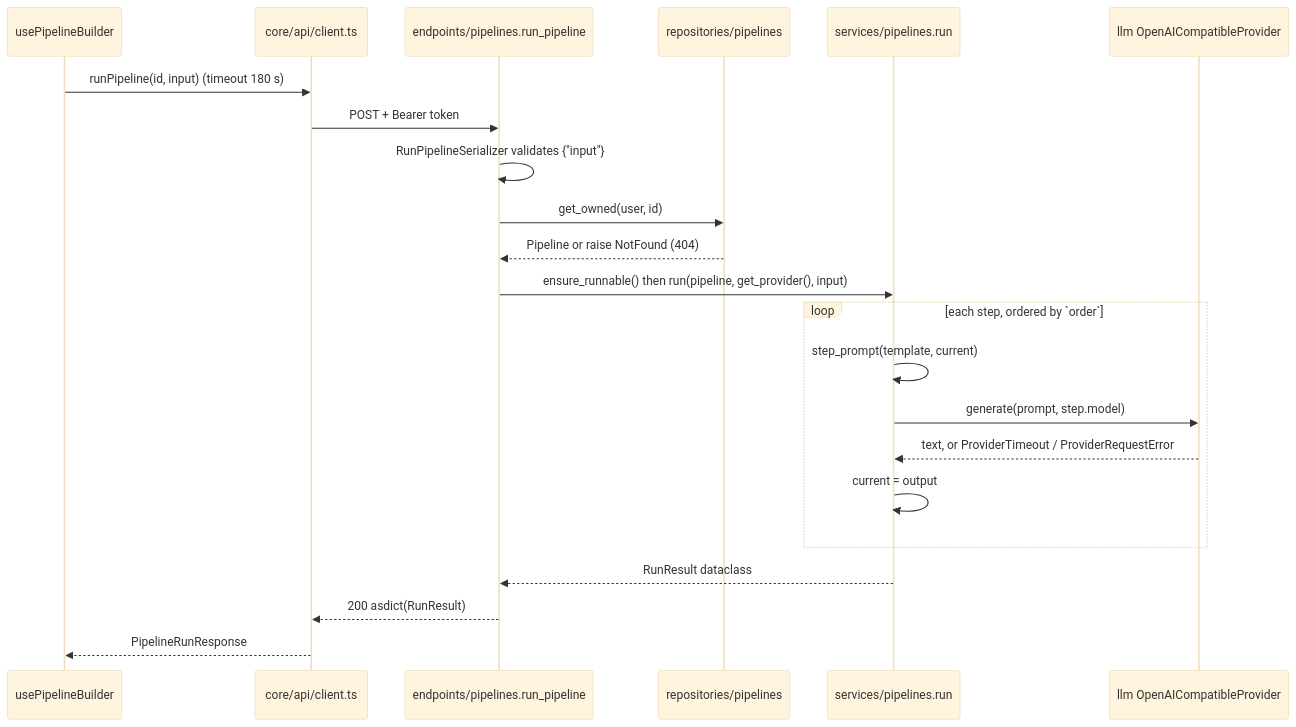
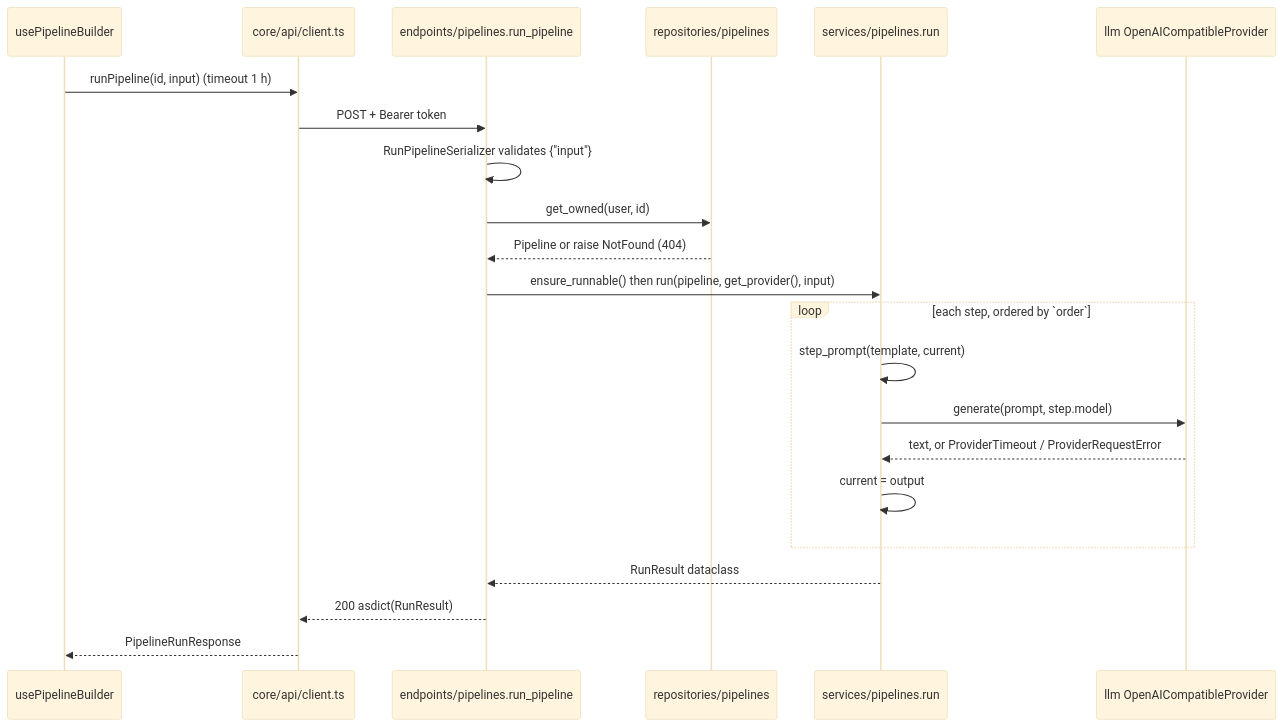
One commit to Fezzaioussama/AIMIx changed the fourth of 4 diagrams in docs/architecture.md. Above: the diagram before and after it, drawn with Mermaid (base theme). The commit also changed 36 other files, not shown here.

````diff
--- a/docs/architecture.md
+++ b/docs/architecture.md
@@ -66,24 +66,24 @@
 ```mermaid
 sequenceDiagram
     participant UI as usePipelineBuilder
     participant C as core/api/client.ts
     participant E as endpoints/pipelines.run_pipeline
     participant R as repositories/pipelines
     participant S as services/pipelines.run
     participant P as llm OpenAICompatibleProvider
-    UI->>C: runPipeline(id, input) (timeout 180 s)
+    UI->>C: runPipeline(id, input) (timeout 1 h)
     C->>E: POST + Bearer token
     E->>E: RunPipelineSerializer validates {"input"}
     E->>R: get_owned(user, id)
     R-->>E: Pipeline or raise NotFound (404)
     E->>S: ensure_runnable() then run(pipeline, get_provider(), input)
     loop each step, ordered by `order`
         S->>S: step_prompt(template, current)
         S->>P: generate(prompt, step.model)
         P-->>S: text, or ProviderTimeout / ProviderRequestError
         S->>S: current = output
     end
     S-->>E: RunResult dataclass
     E-->>C: 200 asdict(RunResult)
     C-->>UI: PipelineRunResponse
 ```
````
